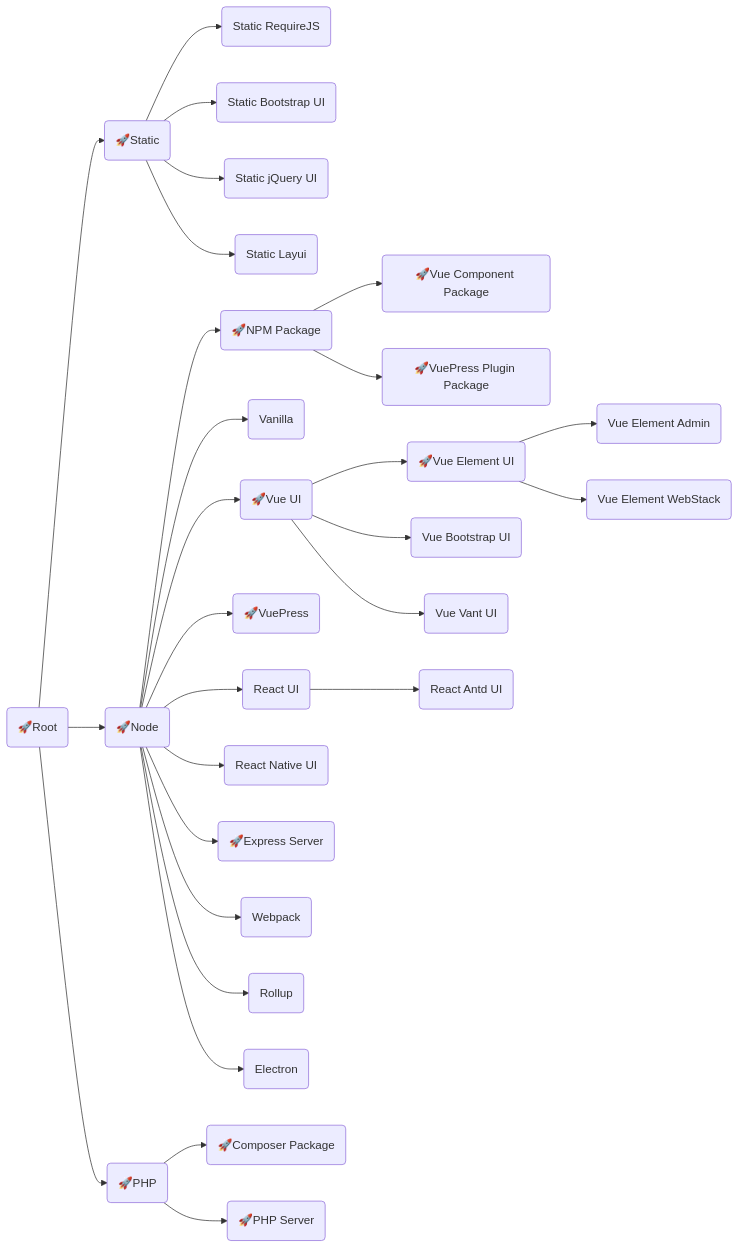
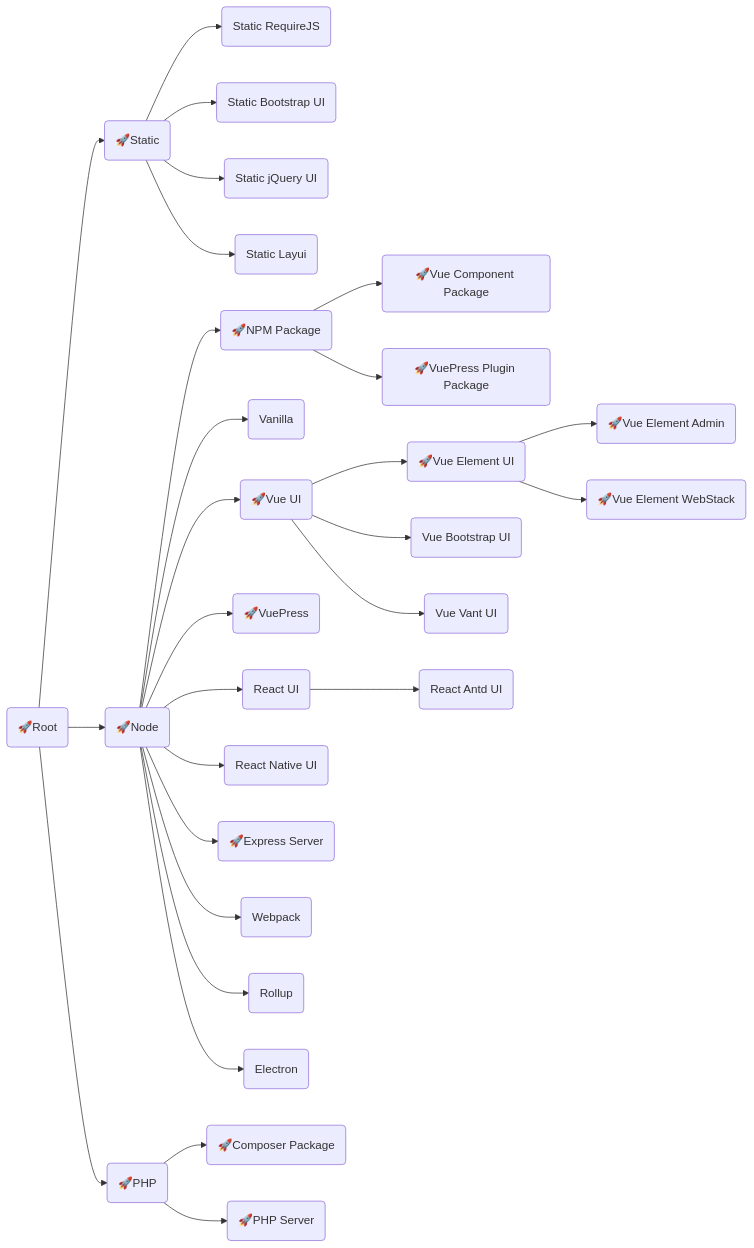
One commit to langnang-templates/.github changed the diagram in profile/README.md. Above: the diagram before and after it, drawn with Mermaid.

````diff
--- a/profile/README.md
+++ b/profile/README.md
@@ -1,46 +1,48 @@
 ```mermaid
 flowchart LR
 Root("🚀Root")
-	click Root "https://github.com/langnang-temp/root"
+	click Root "https://github.com/langnang-temp/root" _blank
 
 Root-->Static("🚀Static")
-	click Static "https://github.com/langnang-temp/static"
+	click Static "https://github.com/langnang-temp/static" _blank
 	Static-->Static_RequireJS("Static RequireJS")
 	Static-->Static_Bootstrap_UI("Static Bootstrap UI")
 	Static-->Static_jQuery_UI("Static jQuery UI")
 	Static-->Static_Layui("Static Layui")
 Root-->Node("🚀Node")
-	click Node "https://github.com/langnang-temp/node"
+	click Node "https://github.com/langnang-temp/node" _blank
 	Node-->NPM_Package("🚀NPM Package")
-		click NPM_Package "https://github.com/langnang-temp/npm-package"
+		click NPM_Package "https://github.com/langnang-temp/npm-package" _blank
 		NPM_Package-->Vue_UI_Package("🚀Vue Component Package")
-			click Vue_UI_Package "https://github.com/langnang-temp/vue-ui-package"
+			click Vue_UI_Package "https://github.com/langnang-temp/vue-ui-package" _blank
 		NPM_Package-->VuePress_Plugin_Package("🚀VuePress Plugin Package")
-			click VuePress_Plugin_Package "https://github.com/langnang-temp/vuepress-plugin-package"
+			click VuePress_Plugin_Package "https://github.com/langnang-temp/vuepress-plugin-package" _blank
 	Node-->Vanilla("Vanilla")
 	Node-->Vue_UI("🚀Vue UI")
-		click Vue_UI "https://github.com/langnang-temp/vue-ui"
+		click Vue_UI "https://github.com/langnang-temp/vue-ui" _blank
 		Vue_UI-->Vue_Element_UI("🚀Vue Element UI")
-			click Vue_Element_UI "https://github.com/langnang-temp/vue-element-ui"
-			Vue_Element_UI-->Vue_Element_Admin("Vue Element Admin")
-			Vue_Element_UI-->Vue_Element_WebStack("Vue Element WebStack")
+			click Vue_Element_UI "https://github.com/langnang-temp/vue-element-ui" _blank
+			Vue_Element_UI-->Vue_Element_Admin("🚀Vue Element Admin")
+				click Vue_Element_Admin "https://github.com/langnang-temp/vue-element-admin/actions" _blank
+			Vue_Element_UI-->Vue_Element_WebStack("🚀Vue Element WebStack")
+				click Vue_Element_WebStack "https://github.com/langnang-temp/vue-element-webstack" _blank
 		Vue_UI-->Vue_Bootstrap_UI("Vue Bootstrap UI")
 		Vue_UI-->Vue_Vant_UI("Vue Vant UI")
 	Node-->VuePress("🚀VuePress")
-		click VuePress "https://github.com/langnang-temp/vuepress"
+		click VuePress "https://github.com/langnang-temp/vuepress" _blank
 	Node-->React_UI("React UI")
 		React_UI-->React_Antd_UI("React Antd UI")
 	Node-->React_Native_UI("React Native UI")
 	Node-->Express_Server("🚀Express Server")
-		click Express_Server "https://github.com/langnang-temp/express-server"
+		click Express_Server "https://github.com/langnang-temp/express-server" _blank
 	Node-->Webpack("Webpack")
 	Node-->Rollup("Rollup")
 	Node-->Electron("Electron")
 
 Root-->PHP("🚀PHP")
-	click PHP "https://github.com/langnang-temp/php"
+	click PHP "https://github.com/langnang-temp/php" _blank
 	PHP-->Composer_Package("🚀Composer Package")
-	click Composer_Package "https://github.com/langnang-temp/composer-package"
+	click Composer_Package "https://github.com/langnang-temp/composer-package" _blank
 	PHP-->PHP_Server("🚀PHP Server")
-		click PHP_Server "https://github.com/langnang-temp/php-server"
+		click PHP_Server "https://github.com/langnang-temp/php-server" _blank
 ```
````
